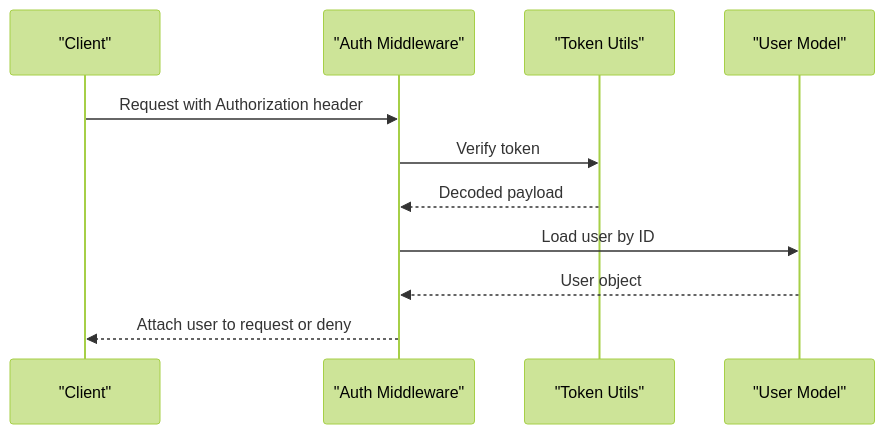
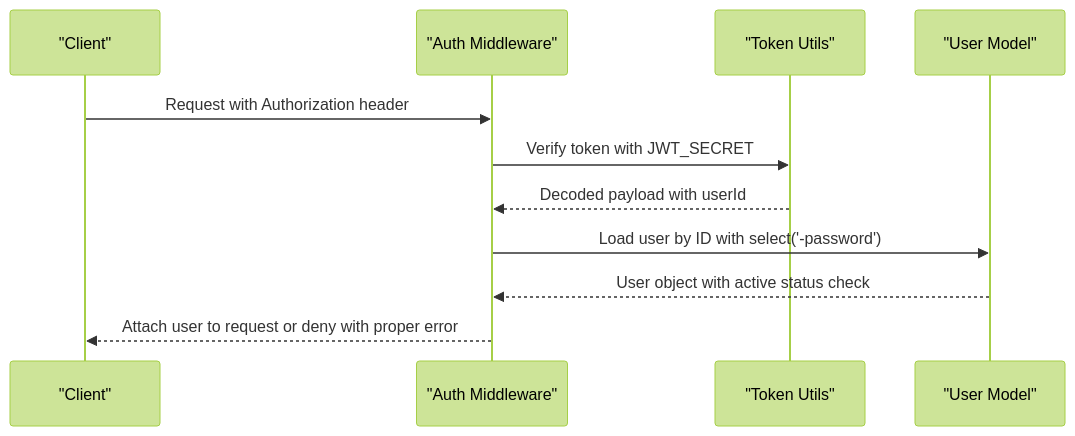
Before and after one commit to aayeshasiddiqah2611-pixel/flavora_ai_server: the seventh of 9 diagrams in .qoder/repowiki/en/content/Deployment and Distribution/Deployment Configuration.md, drawn with Mermaid (forest theme). The commit also changed other lines of this file and 7 other files, not shown here.

````diff
--- a/.qoder/repowiki/en/content/Deployment and Distribution/Deployment Configuration.md
+++ b/.qoder/repowiki/en/content/Deployment and Distribution/Deployment Configuration.md
@@ -273,13 +274,13 @@
 ```mermaid
 sequenceDiagram
 participant Client as "Client"
 participant AuthMW as "Auth Middleware"
 participant TokenUtil as "Token Utils"
 participant UserDB as "User Model"
 Client->>AuthMW : Request with Authorization header
-AuthMW->>TokenUtil : Verify token
-TokenUtil-->>AuthMW : Decoded payload
-AuthMW->>UserDB : Load user by ID
-UserDB-->>AuthMW : User object
-AuthMW-->>Client : Attach user to request or deny
+AuthMW->>TokenUtil : Verify token with JWT_SECRET
+TokenUtil-->>AuthMW : Decoded payload with userId
+AuthMW->>UserDB : Load user by ID with select('-password')
+UserDB-->>AuthMW : User object with active status check
+AuthMW-->>Client : Attach user to request or deny with proper error
 ```
````
